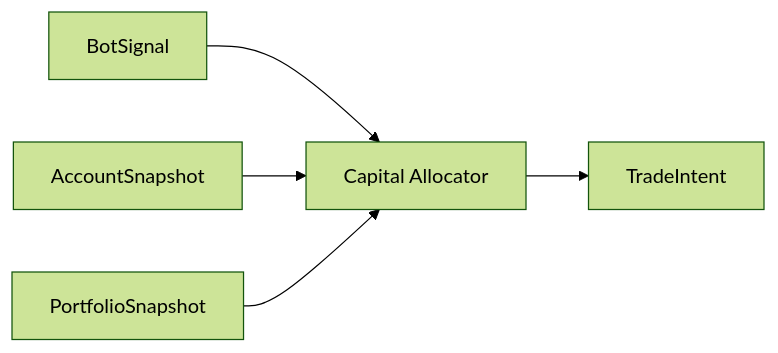
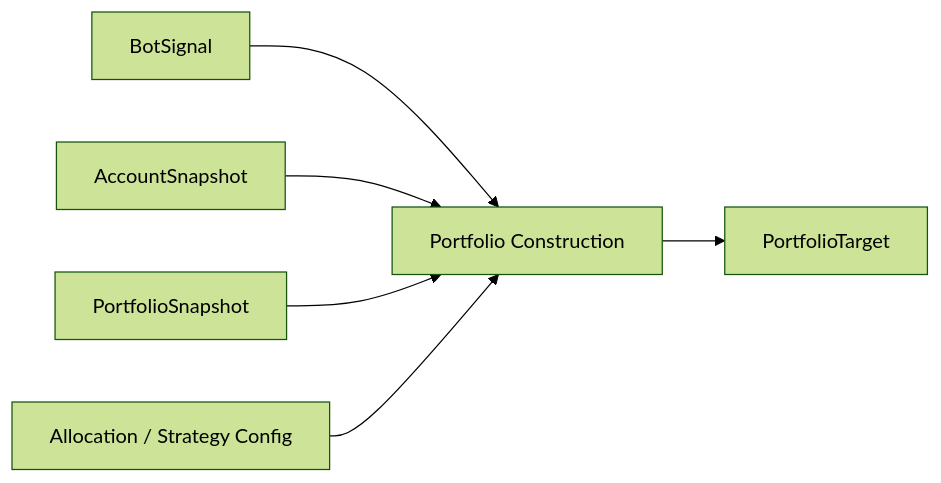
The seventh of 12 diagrams in docs/architecture/system-overview.md (Daxoniel/DX27-Trading-Engine), drawn with Mermaid (forest theme) before and after one commit. The commit also changed other lines of this file and 7 other files, not shown here.

Commit message:
WIP: portfolio construction refactor

````diff
--- a/docs/architecture/system-overview.md
+++ b/docs/architecture/system-overview.md
@@ -459,19 +462,22 @@
 ```mermaid
 flowchart LR
 
     Signal["BotSignal"]
 
     Account["AccountSnapshot"]
 
     Portfolio["PortfolioSnapshot"]
 
-    Allocation["Capital Allocator"]
+    Config["Allocation / Strategy Config"]
 
-    Intent["TradeIntent"]
+    Construction["Portfolio Construction"]
 
-    Signal --> Allocation
-    Account --> Allocation
-    Portfolio --> Allocation
+    Target["PortfolioTarget"]
 
-    Allocation --> Intent
+    Signal --> Construction
+    Account --> Construction
+    Portfolio --> Construction
+    Config --> Construction
+
+    Construction --> Target
 ```
````
